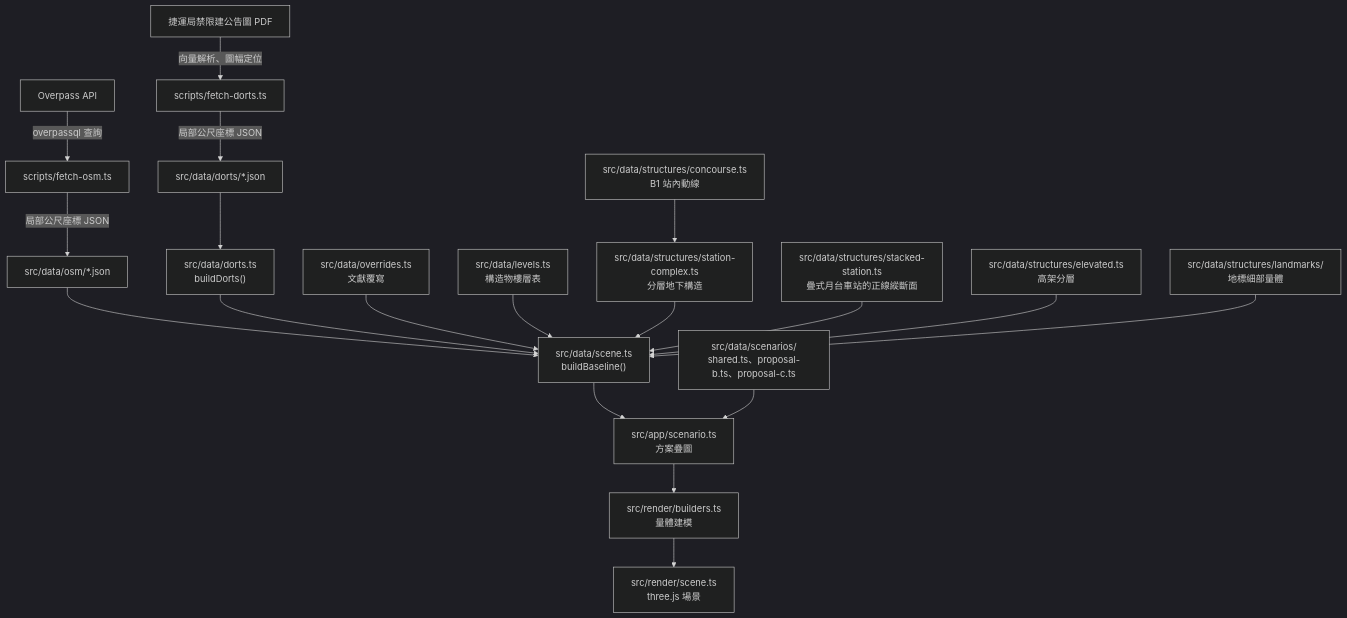
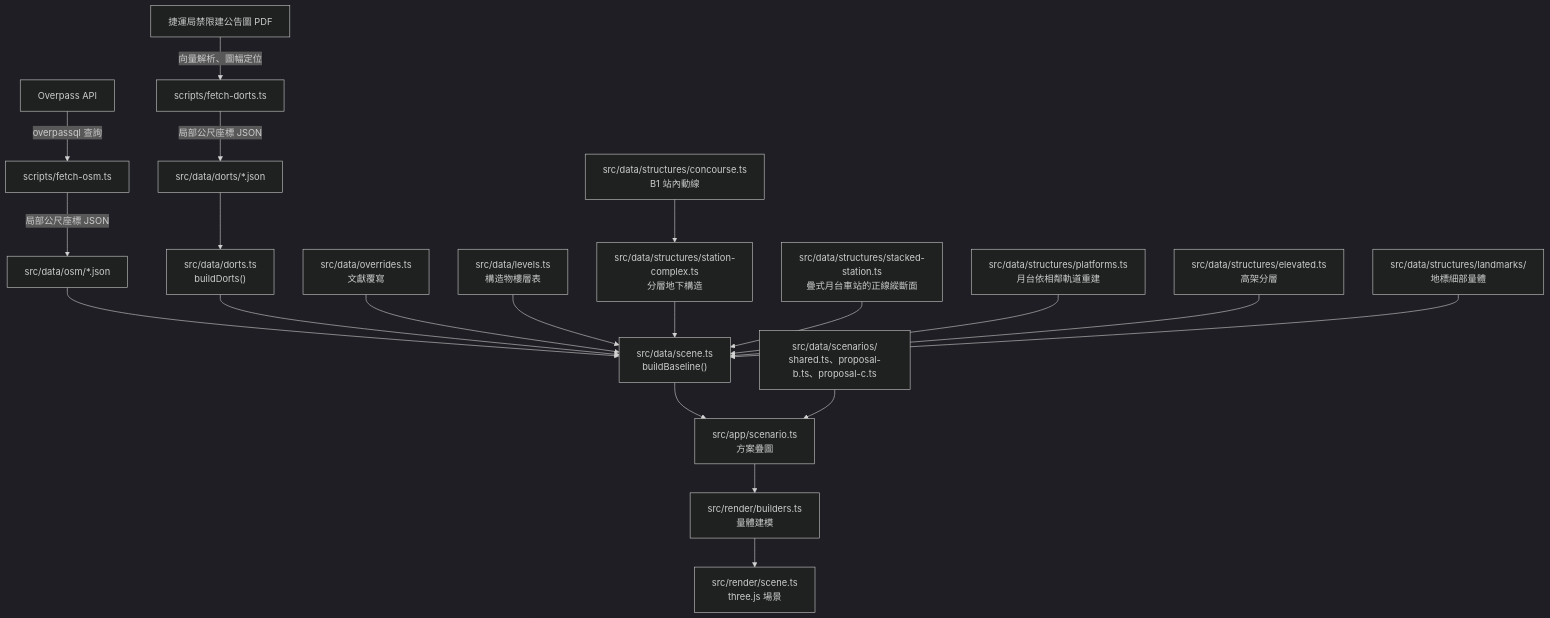
The diagram in docs/architecture.md (rschiang/kitameet), drawn with Mermaid (dark theme) before and after one commit. The commit also changed other lines of this file and 34 other files, not shown here.

````diff
--- a/docs/architecture.md
+++ b/docs/architecture.md
@@ -7,21 +7,22 @@
 ```mermaid
 graph TD
     overpass["Overpass API"] -- "overpassql 查詢" --> fetch["scripts/fetch-osm.ts"]
     fetch -- "局部公尺座標 JSON" --> osm["src/data/osm/*.json"]
     dortspdf["捷運局禁限建公告圖 PDF"] -- "向量解析、圖幅定位" --> fetchd["scripts/fetch-dorts.ts"]
     fetchd -- "局部公尺座標 JSON" --> dorts["src/data/dorts/*.json"]
     osm --> scene["src/data/scene.ts<br/>buildBaseline()"]
     dorts --> dortsmod["src/data/dorts.ts<br/>buildDorts()"]
     dortsmod --> scene
     overrides["src/data/overrides.ts<br/>文獻覆寫"] --> scene
     levels["src/data/levels.ts<br/>構造物樓層表"] --> scene
     structures["src/data/structures/station-complex.ts<br/>分層地下構造"] --> scene
     concourse["src/data/structures/concourse.ts<br/>B1 站內動線"] --> structures
     stacked["src/data/structures/stacked-station.ts<br/>疊式月台車站的正線縱斷面"] --> scene
+    platforms["src/data/structures/platforms.ts<br/>月台依相鄰軌道重建"] --> scene
     elevated["src/data/structures/elevated.ts<br/>高架分層"] --> scene
     landmarks["src/data/structures/landmarks/<br/>地標細部量體"] --> scene
     scene --> scenario["src/app/scenario.ts<br/>方案疊圖"]
     proposal["src/data/scenarios/<br/>shared.ts、proposal-b.ts、proposal-c.ts"] --> scenario
     scenario --> builders["src/render/builders.ts<br/>量體建模"]
     builders --> viewer["src/render/scene.ts<br/>three.js 場景"]
 ```
````
